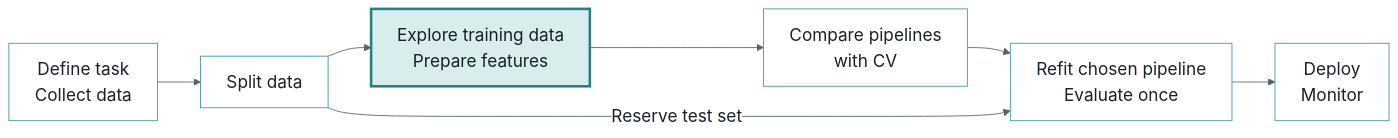
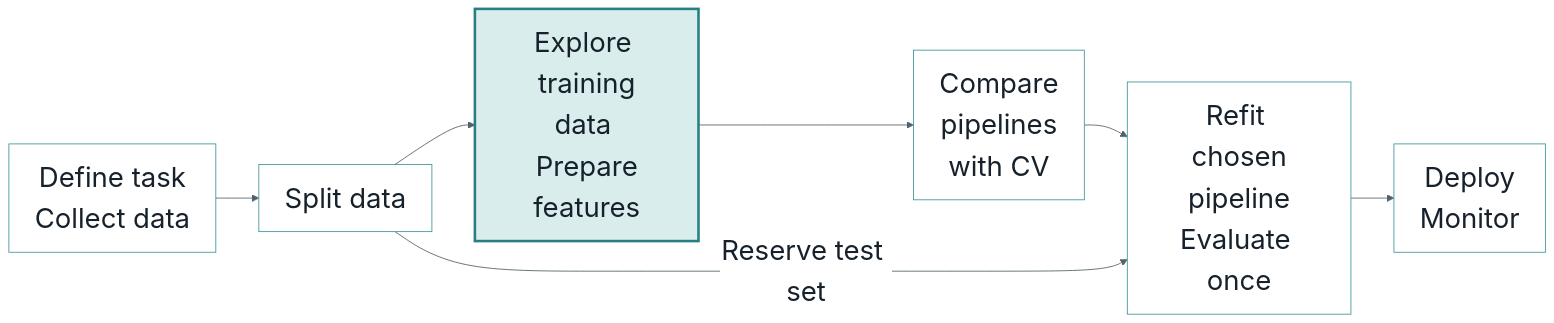
The third of 3 diagrams in website/slides/slides-05-preprocessing-pipelines.qmd (kvarada/cpsc330-slides), drawn with Mermaid before and after one commit. The commit also changed other lines of this file, not shown here.

````diff
--- a/website/slides/slides-05-preprocessing-pipelines.qmd
+++ b/website/slides/slides-05-preprocessing-pipelines.qmd
@@ -234,11 +235,11 @@
 ```{mermaid}
-%%{init: {'theme': 'base', 'themeVariables': {'fontFamily': 'sans-serif', 'fontSize': '20px', 'primaryColor': '#ffffff', 'primaryTextColor': '#17212b', 'primaryBorderColor': '#419599', 'lineColor': '#52616b'}}}%%
+%%{init: {'theme': 'base', 'themeVariables': {'fontFamily': 'sans-serif', 'fontSize': '32px', 'primaryColor': '#ffffff', 'primaryTextColor': '#17212b', 'primaryBorderColor': '#419599', 'lineColor': '#52616b'}}}%%
 flowchart LR
     A["Define task<br/>Collect data"] --> B["Split data"]
-    B --> C["Explore training data<br/>Prepare features"]
-    C --> D["Compare pipelines<br/>with CV"]
-    D --> E["Refit chosen pipeline<br/>Evaluate once"]
+    B --> C["Explore <br/> training data <br/> Prepare features"]
+    C --> D["Compare <br>pipelines<br/>with CV"]
+    D --> E["Refit <br/> chosen pipeline<br/>Evaluate once"]
     B -->|Reserve test set| E
     E --> F["Deploy<br/>Monitor"]
     style C fill:#d9eded,stroke:#287f83,stroke-width:3px
 ```
````
